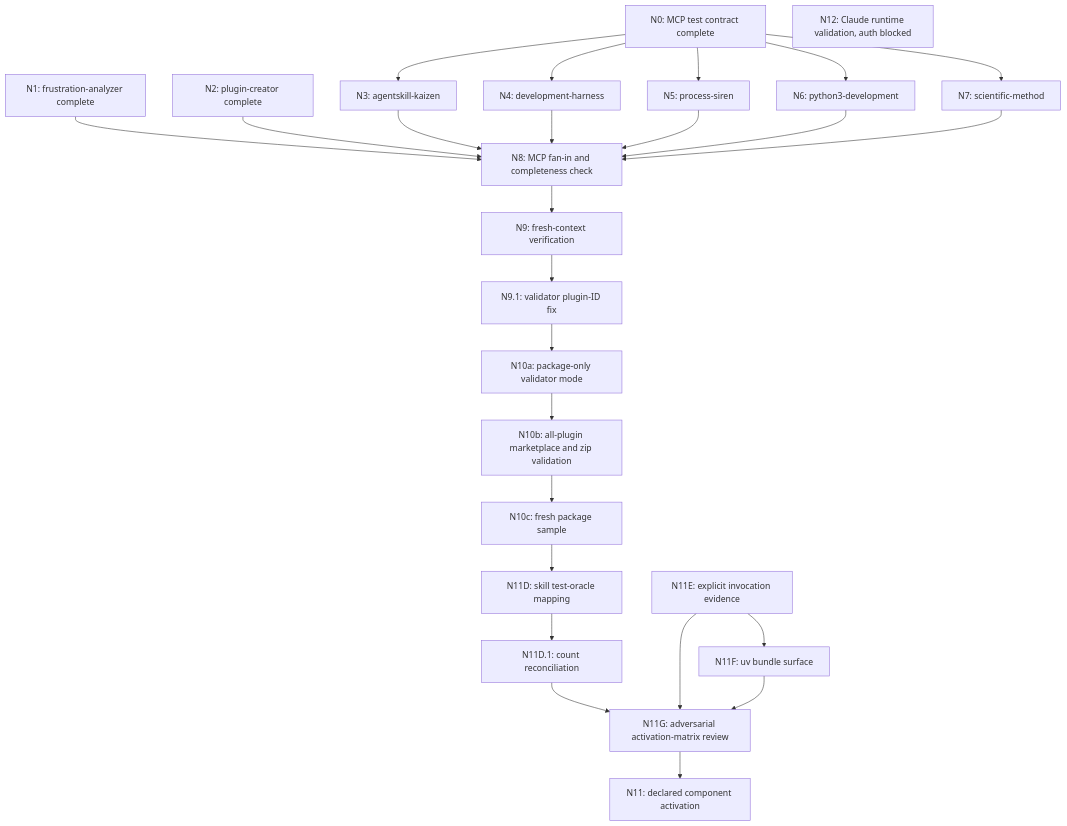
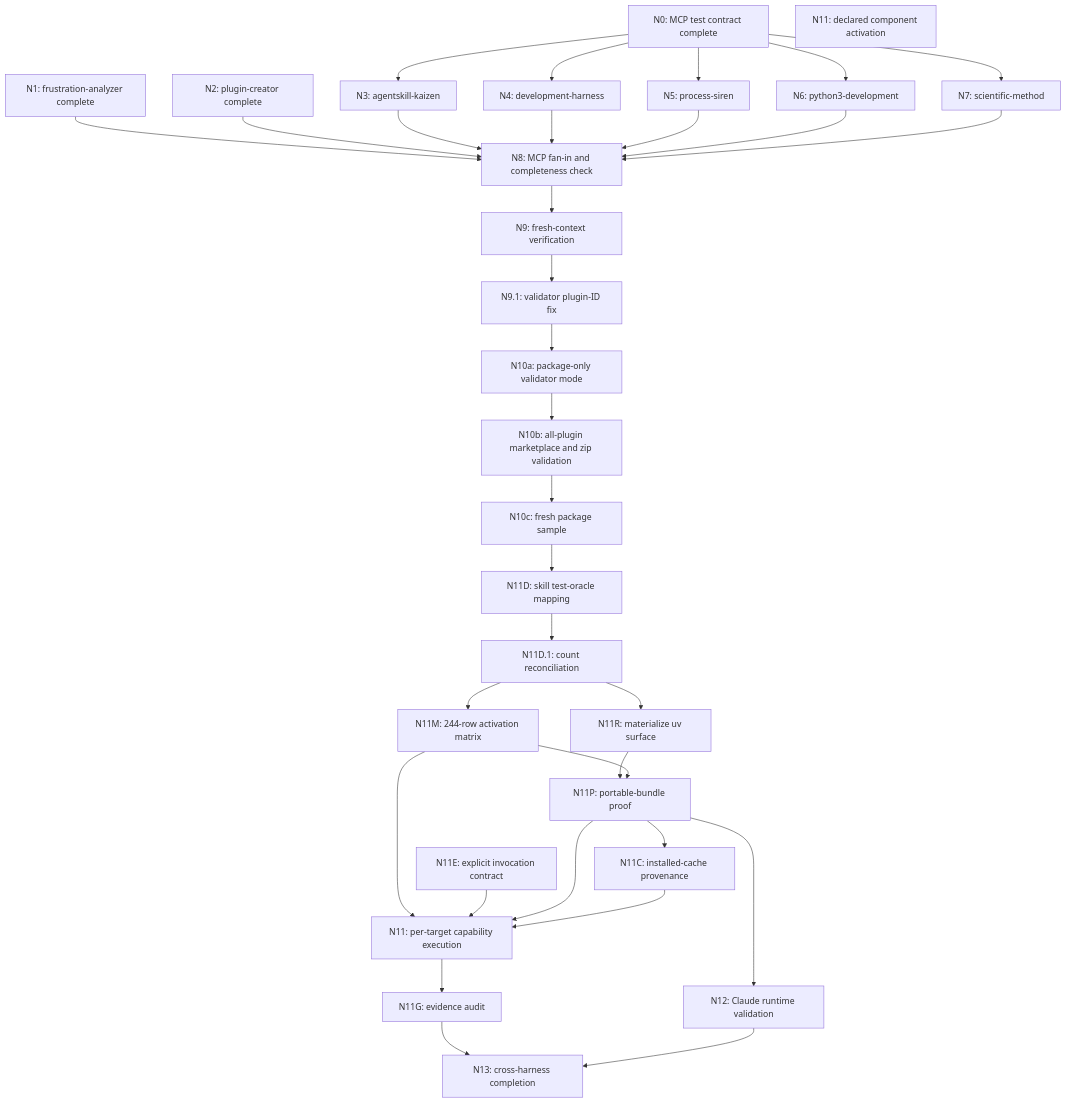
Before and after one commit to Jamie-BitFlight/claude_skills: the diagram in plan/codex-plugin-enablement-validation-graph.md, drawn with Mermaid. The commit also changed other lines of this file, not shown here.

Commit message:
Strengthen plugin activation validation gates

````diff
--- a/plan/codex-plugin-enablement-validation-graph.md
+++ b/plan/codex-plugin-enablement-validation-graph.md
@@ -42,45 +46,53 @@
 ```mermaid
 flowchart TD
     N0[N0: MCP test contract complete]
     N1[N1: frustration-analyzer complete]
     N2[N2: plugin-creator complete]
     N3[N3: agentskill-kaizen]
     N4[N4: development-harness]
     N5[N5: process-siren]
     N6[N6: python3-development]
     N7[N7: scientific-method]
     N8[N8: MCP fan-in and completeness check]
     N9[N9: fresh-context verification]
     N91[N9.1: validator plugin-ID fix]
     N10A[N10a: package-only validator mode]
     N10B[N10b: all-plugin marketplace and zip validation]
     N10C[N10c: fresh package sample]
     N11D[N11D: skill test-oracle mapping]
     N11[N11: declared component activation]
     N12[N12: Claude runtime validation, auth blocked]
 
     N0 --> N3
     N0 --> N4
     N0 --> N5
     N0 --> N6
     N0 --> N7
     N1 --> N8
     N2 --> N8
     N3 --> N8
     N4 --> N8
     N5 --> N8
     N6 --> N8
     N7 --> N8
     N8 --> N9
     N9 --> N91
     N91 --> N10A
     N10A --> N10B
     N10B --> N10C
     N10C --> N11D
     N11D --> N11D1[N11D.1: count reconciliation]
-    N11D1 --> N11G[N11G: adversarial activation-matrix review]
-    N11E[N11E: explicit invocation evidence] --> N11F[N11F: uv bundle surface]
-    N11E --> N11G
-    N11F --> N11G
-    N11G --> N11
+    N11D1 --> N11M[N11M: 244-row activation matrix]
+    N11D1 --> N11R[N11R: materialize uv surface]
+    N11R --> N11P[N11P: portable-bundle proof]
+    N11M --> N11P
+    N11P --> N11C[N11C: installed-cache provenance]
+    N11M --> N11X[N11: per-target capability execution]
+    N11E[N11E: explicit invocation contract] --> N11X
+    N11P --> N11X
+    N11C --> N11X
+    N11X --> N11G[N11G: evidence audit]
+    N11P --> N12[N12: Claude runtime validation]
+    N11G --> N13[N13: cross-harness completion]
+    N12 --> N13
 ```
````
